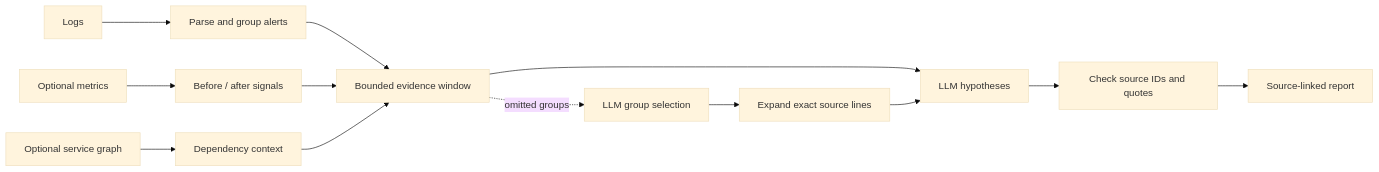
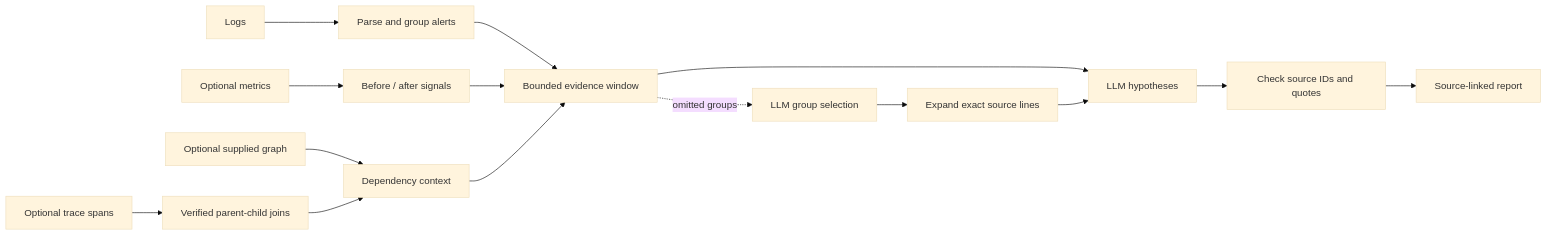
One commit to alakhanpal23/evidentrail changed the diagram in README.md. Above: the diagram before and after it, drawn with Mermaid (base theme). The commit also changed other lines of this file and 6 other files, not shown here.

Commit message:
Derive source-backed service graph from parent-child traces

````diff
--- a/README.md
+++ b/README.md
@@ -12,15 +13,17 @@
 ```mermaid
 flowchart LR
     logs[Logs] --> groups[Parse and group alerts]
     metrics[Optional metrics] --> shifts[Before / after signals]
-    topology[Optional service graph] --> context[Dependency context]
+    topology[Optional supplied graph] --> context[Dependency context]
+    traces[Optional trace spans] --> joins[Verified parent-child joins]
+    joins --> context
     groups --> window[Bounded evidence window]
     shifts --> window
     context --> window
     window --> reason[LLM hypotheses]
     window -. omitted groups .-> select[LLM group selection]
     select --> expand[Expand exact source lines]
     expand --> reason
     reason --> verify[Check source IDs and quotes]
     verify --> report[Source-linked report]
 ```
````
